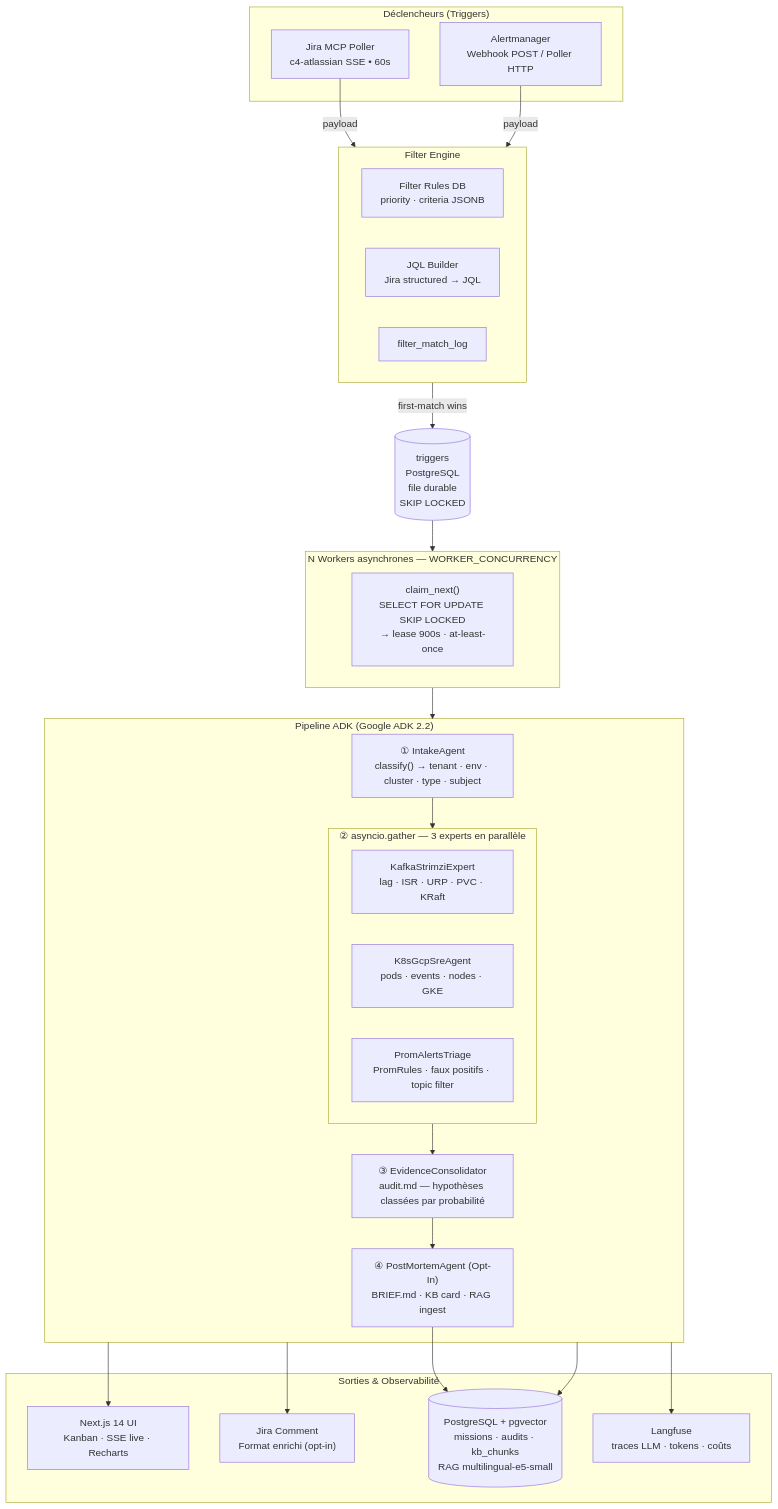
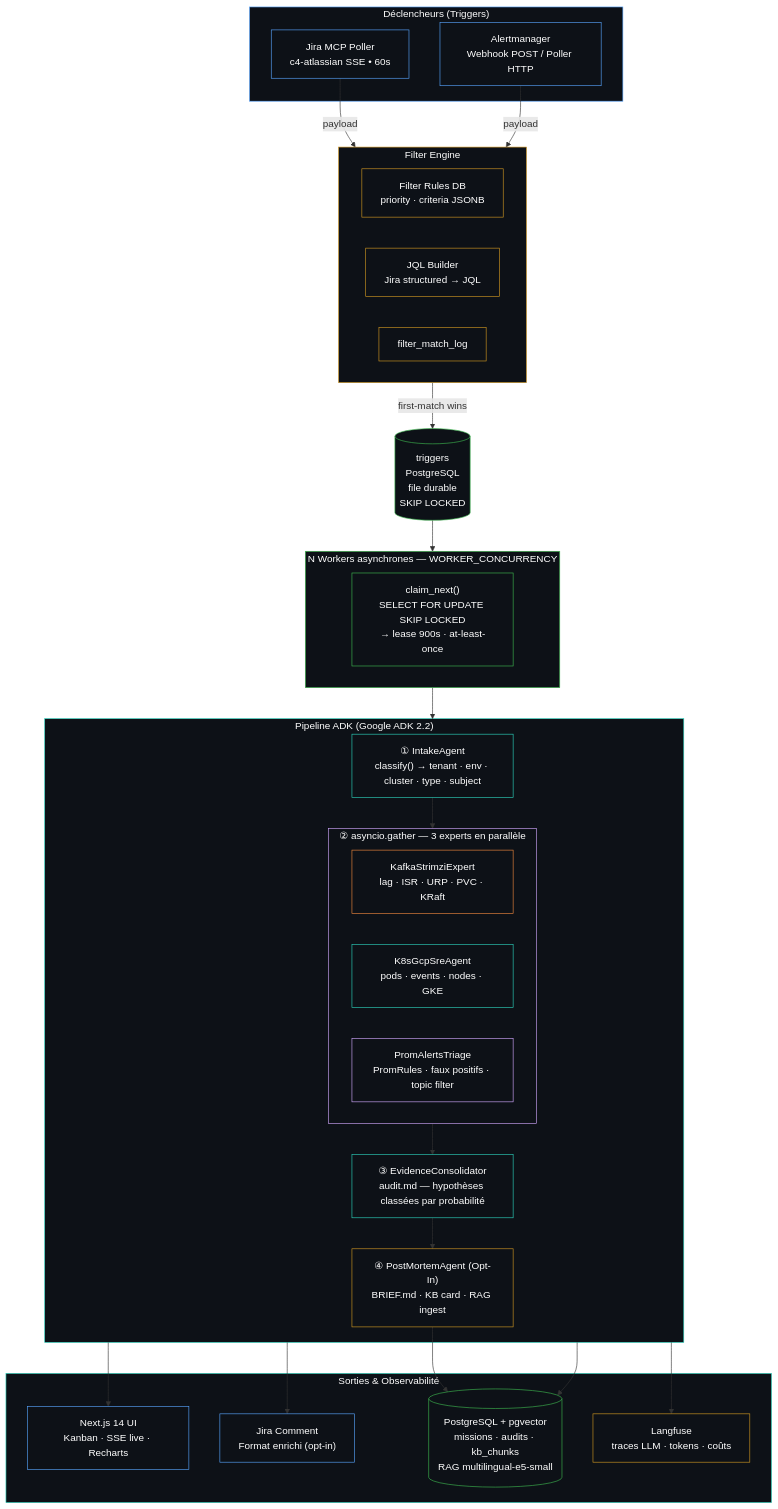
Before and after one commit to arabaaoui/kafka-agentic-platform: the second of 6 diagrams in README.md, drawn with Mermaid. The commit also changed other lines of this file, not shown here.

Commit message:
docs: improve README styling with styled Mermaid diagrams for RAG and Mission ID

````diff
--- a/README.md
+++ b/README.md
@@ -60,51 +60,66 @@
 ```mermaid
 flowchart TD
     subgraph TRIG["Déclencheurs (Triggers)"]
         JM["Jira MCP Poller\nc4-atlassian SSE • 60s"]
         AM["Alertmanager\nWebhook POST / Poller HTTP"]
     end
 
     subgraph FE["Filter Engine"]
         FR["Filter Rules DB\npriority · criteria JSONB"]
         JQL["JQL Builder\nJira structured → JQL"]
         LOG["filter_match_log"]
     end
 
     DB[("triggers\nPostgreSQL\nfile durable\nSKIP LOCKED")]
 
     subgraph WORK["N Workers asynchrones — WORKER_CONCURRENCY"]
         W["claim_next()\nSELECT FOR UPDATE SKIP LOCKED\n→ lease 900s · at-least-once"]
     end
 
     subgraph PIPE["Pipeline ADK (Google ADK 2.2)"]
         IA["① IntakeAgent\nclassify() → tenant · env · cluster · type · subject"]
         subgraph PAR["② asyncio.gather — 3 experts en parallèle"]
             KE["KafkaStrimziExpert\nlag · ISR · URP · PVC · KRaft"]
             SRE["K8sGcpSreAgent\npods · events · nodes · GKE"]
             PT["PromAlertsTriage\nPromRules · faux positifs · topic filter"]
         end
         EC["③ EvidenceConsolidator\naudit.md — hypothèses classées par probabilité"]
         PM["④ PostMortemAgent (Opt-In)\nBRIEF.md · KB card · RAG ingest"]
     end
 
     subgraph OUT["Sorties & Observabilité"]
         UI["Next.js 14 UI\nKanban · SSE live · Recharts"]
         JIRA["Jira Comment\nFormat enrichi (opt-in)"]
         PGV[("PostgreSQL + pgvector\nmissions · audits · kb_chunks\nRAG multilingual-e5-small")]
         LF["Langfuse\ntraces LLM · tokens · coûts"]
     end
 
     JM -->|payload| FE
     AM -->|payload| FE
     FE -->|first-match wins| DB
     DB --> WORK
     WORK --> PIPE
     IA --> PAR
     PAR --> EC
     EC --> PM
     PIPE --> UI
     PIPE --> JIRA
     PM --> PGV
     PIPE --> LF
     PIPE --> PGV
+
+    %% Style Definitions
+    classDef blueNode fill:#0d1117,stroke:#58a6ff,stroke-width:1px,color:#fff;
+    classDef yellowNode fill:#0d1117,stroke:#d29922,stroke-width:1px,color:#fff;
+    classDef greenNode fill:#0d1117,stroke:#3fb950,stroke-width:1px,color:#fff;
+    classDef purpleNode fill:#0d1117,stroke:#d2a8ff,stroke-width:1px,color:#fff;
+    classDef orangeNode fill:#0d1117,stroke:#f0883e,stroke-width:1px,color:#fff;
+    classDef tealNode fill:#0d1117,stroke:#2dd4bf,stroke-width:1px,color:#fff;
+
+    class JM,AM,UI,JIRA,TRIG blueNode;
+    class FR,JQL,LOG,FE,PM,LF yellowNode;
+    class DB,WORK,W,PGV greenNode;
+    class PT,PAR purpleNode;
+    class KE orangeNode;
+    class IA,EC,PIPE,OUT,SRE tealNode;
 ```
````
